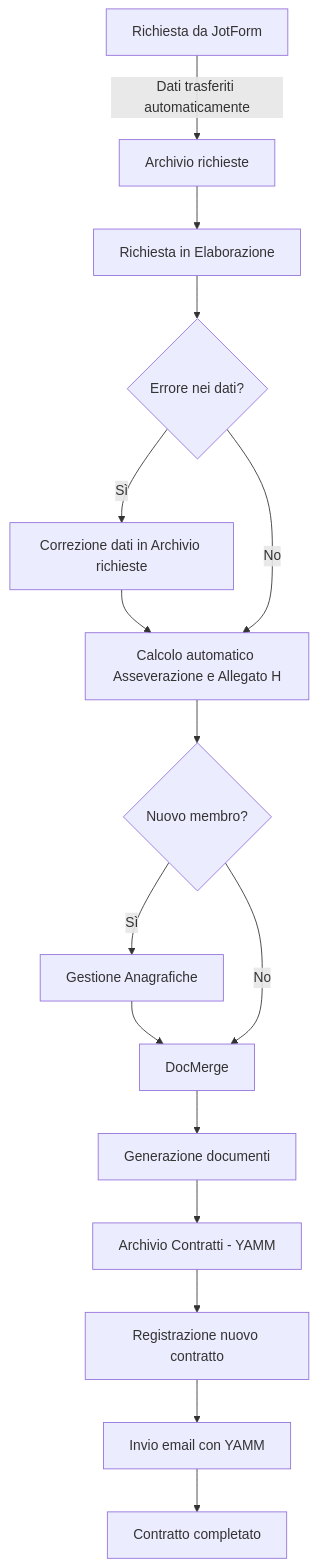
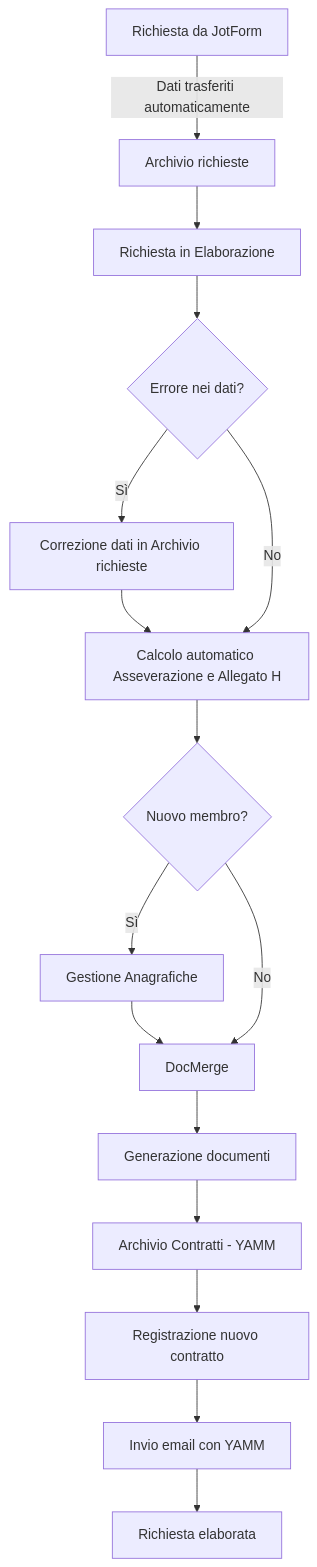
Before and after one commit to repogerm/concordatofacile: the diagram in README.md, drawn with Mermaid.

````diff
--- a/README.md
+++ b/README.md
@@ -56,18 +56,18 @@
 ```mermaid
 flowchart TD
     A[Richiesta da JotForm] -->|Dati trasferiti automaticamente| B[Archivio richieste]
     B --> C[Richiesta in Elaborazione]
     C --> D{Errore nei dati?}
     D -->|Sì| E[Correzione dati in Archivio richieste]
     E --> F[Calcolo automatico Asseverazione e Allegato H]
     D -->|No| F
     F --> G{Nuovo membro?}
     G -->|Sì| H[Gestione Anagrafiche]
     H --> I[DocMerge]
     G -->|No| I
     I --> J[Generazione documenti]
     J --> K[Archivio Contratti - YAMM]
     K --> L[Registrazione nuovo contratto]
     L --> M[Invio email con YAMM]
-    M --> N[Contratto completato]
+    M --> N[Richiesta elaborata]
 ```
````
